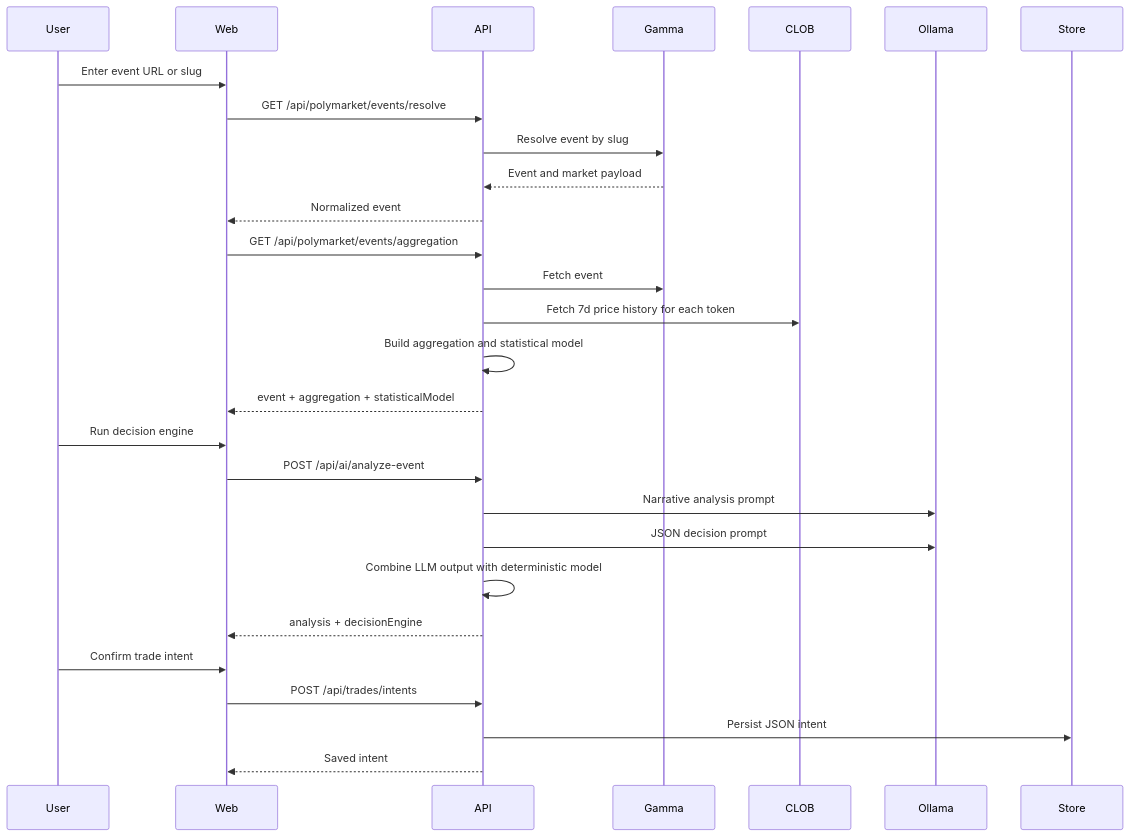
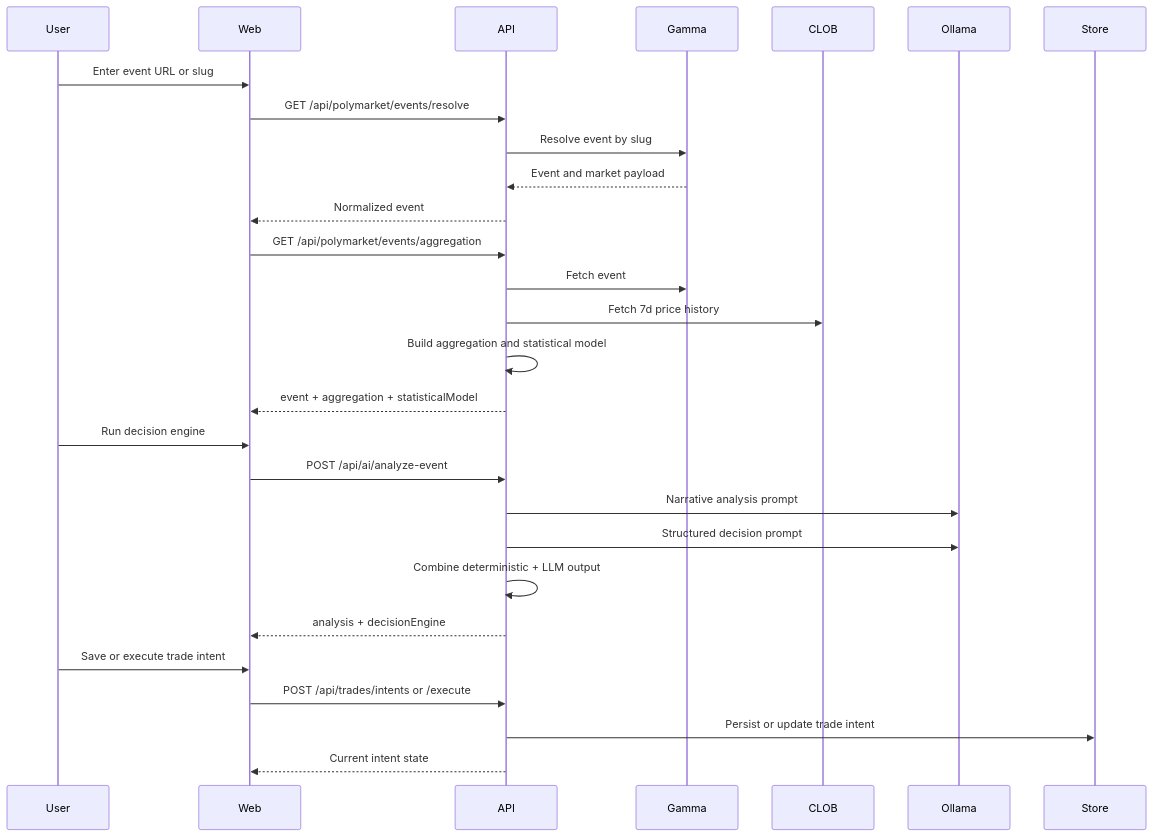
One commit to npyrz/probis changed the second of 3 diagrams in README.md. Above: the diagram before and after it, drawn with Mermaid. The commit also changed other lines of this file, not shown here.

````diff
--- a/README.md
+++ b/README.md
@@ -185,34 +178,34 @@
 ```mermaid
 sequenceDiagram
 		participant User
 		participant Web
 		participant API
 		participant Gamma
 		participant CLOB
 		participant Ollama
 		participant Store
 
 		User->>Web: Enter event URL or slug
 		Web->>API: GET /api/polymarket/events/resolve
 		API->>Gamma: Resolve event by slug
 		Gamma-->>API: Event and market payload
 		API-->>Web: Normalized event
 
 		Web->>API: GET /api/polymarket/events/aggregation
 		API->>Gamma: Fetch event
-		API->>CLOB: Fetch 7d price history for each token
+		API->>CLOB: Fetch 7d price history
 		API->>API: Build aggregation and statistical model
 		API-->>Web: event + aggregation + statisticalModel
 
 		User->>Web: Run decision engine
 		Web->>API: POST /api/ai/analyze-event
 		API->>Ollama: Narrative analysis prompt
-		API->>Ollama: JSON decision prompt
-		API->>API: Combine LLM output with deterministic model
+		API->>Ollama: Structured decision prompt
+		API->>API: Combine deterministic + LLM output
 		API-->>Web: analysis + decisionEngine
 
-		User->>Web: Confirm trade intent
-		Web->>API: POST /api/trades/intents
-		API->>Store: Persist JSON intent
-		API-->>Web: Saved intent
+		User->>Web: Save or execute trade intent
+		Web->>API: POST /api/trades/intents or /execute
+		API->>Store: Persist or update trade intent
+		API-->>Web: Current intent state
 ```
````
